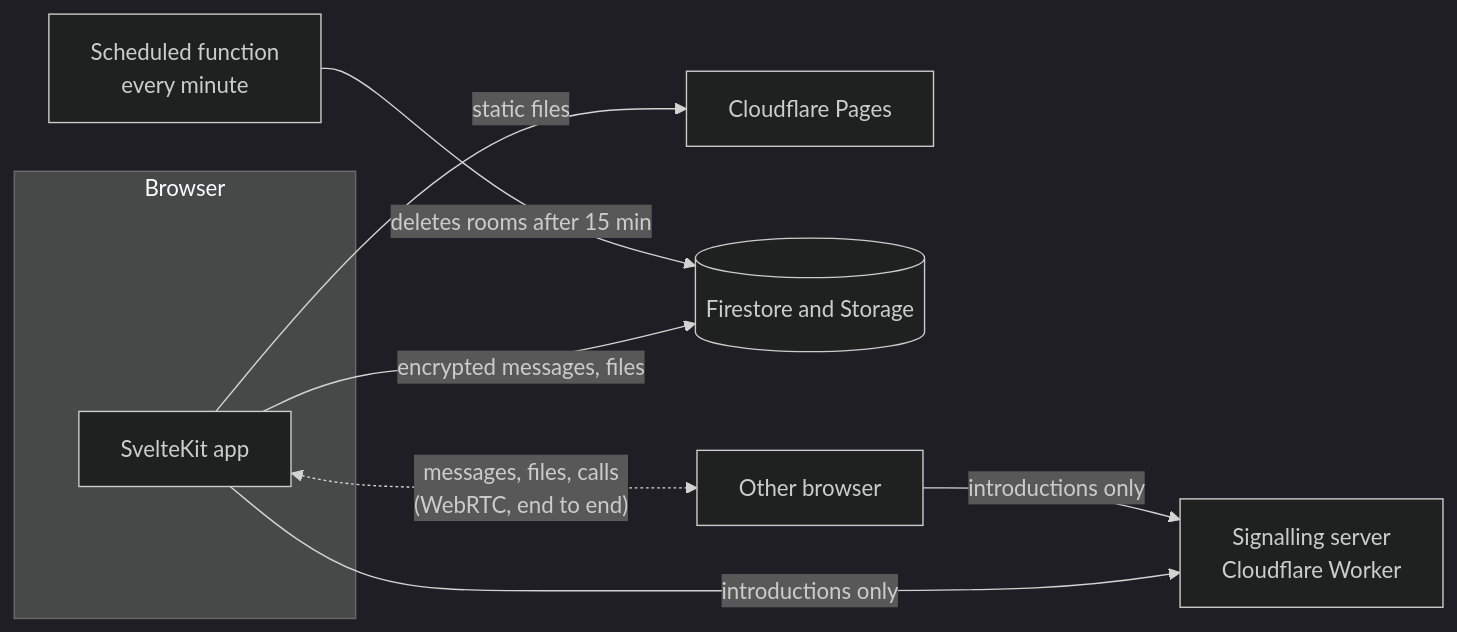
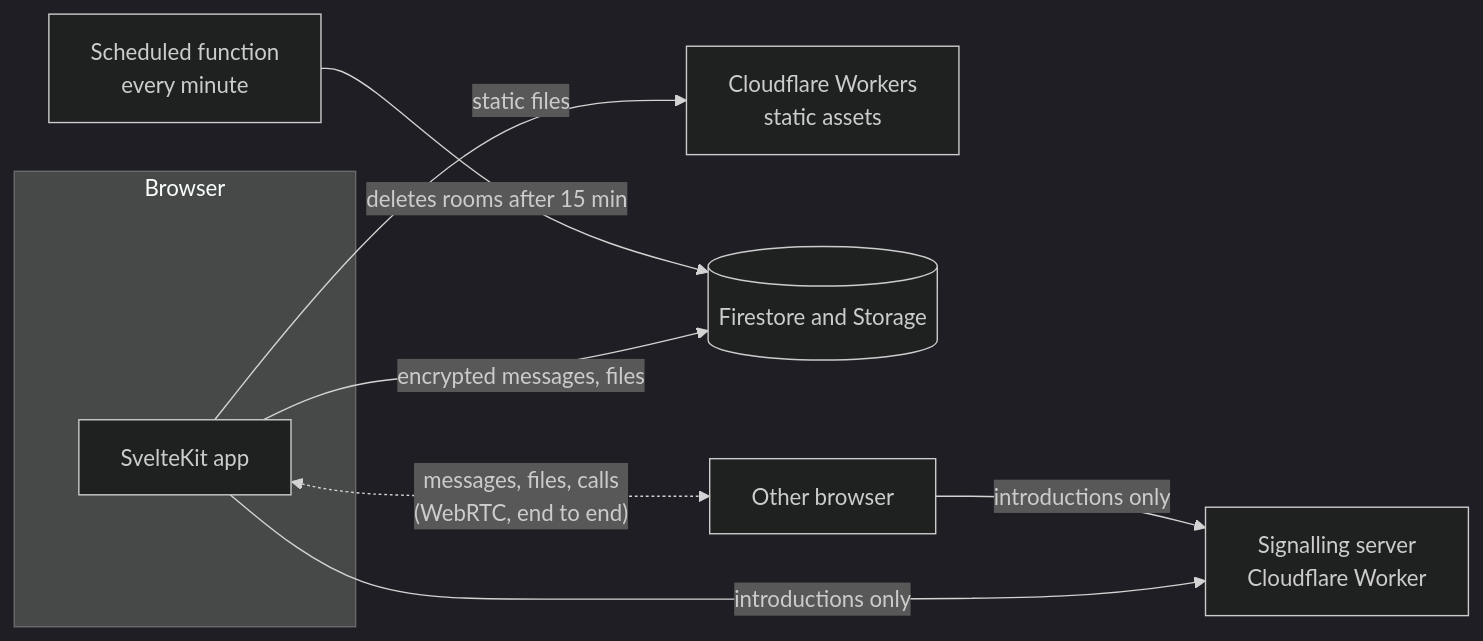
The diagram in README.md (devang47/rooms.saklani.dev), drawn with Mermaid (dark theme) before and after one commit. The commit also changed other lines of this file and 6 other files, not shown here.

First line of the commit message:
fix: deploy on Cloudflare Workers, and fix two CI failures

````diff
--- a/README.md
+++ b/README.md
@@ -58,15 +58,15 @@
 ```mermaid
 flowchart LR
   subgraph Browser
     App[SvelteKit app]
   end
 
-  App -- static files --> Pages[Cloudflare Pages]
+  App -- static files --> Pages[Cloudflare Workers<br/>static assets]
 
   App -- "encrypted messages, files" --> Firestore[(Firestore and Storage)]
   Cleanup[Scheduled function<br/>every minute] -- deletes rooms after 15 min --> Firestore
 
   App -- "introductions only" --> Signal[Signalling server<br/>Cloudflare Worker]
   App <-. "messages, files, calls<br/>(WebRTC, end to end)" .-> Peer[Other browser]
   Peer -- "introductions only" --> Signal
 ```
````
